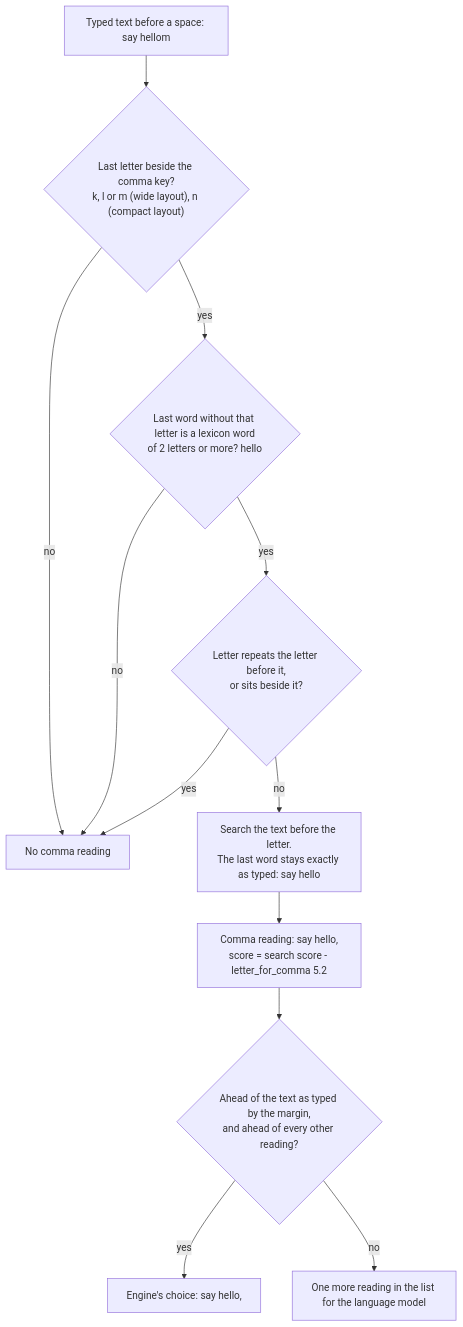
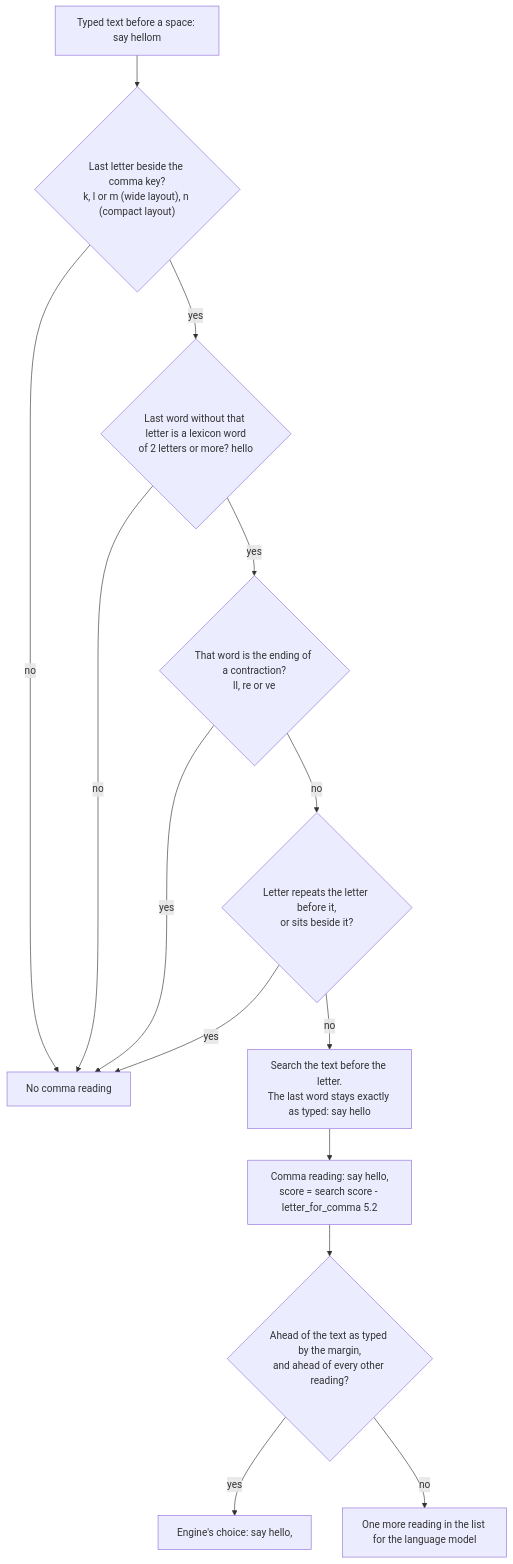
Before and after one commit to YilongJu/iphone-duo-keyboard: the diagram in docs/comma-slip-design.md, drawn with Mermaid. The commit also changed other lines of this file and 2 other files, not shown here.

First line of the commit message:
Give no comma reading after the ending of a contraction, so "llm" does not read as "ll,"

````diff
--- a/docs/comma-slip-design.md
+++ b/docs/comma-slip-design.md
@@ -5,14 +5,16 @@
 ```mermaid
 flowchart TD
     A["Typed text before a space: say hellom"] --> B{"Last letter beside the comma key?<br/>k, l or m (wide layout), n (compact layout)"}
     B -- no --> X["No comma reading"]
     B -- yes --> C{"Last word without that letter is a lexicon word<br/>of 2 letters or more? hello"}
     C -- no --> X
-    C -- yes --> D{"Letter repeats the letter before it,<br/>or sits beside it?"}
+    C -- yes --> K{"That word is the ending of a contraction?<br/>ll, re or ve"}
+    K -- yes --> X
+    K -- no --> D{"Letter repeats the letter before it,<br/>or sits beside it?"}
     D -- yes --> X
     D -- no --> E["Search the text before the letter.<br/>The last word stays exactly as typed: say hello"]
     E --> F["Comma reading: say hello,<br/>score = search score - letter_for_comma 5.2"]
     F --> G{"Ahead of the text as typed by the margin,<br/>and ahead of every other reading?"}
     G -- yes --> H["Engine's choice: say hello,"]
     G -- no --> I["One more reading in the list for the language model"]
 ```
````
